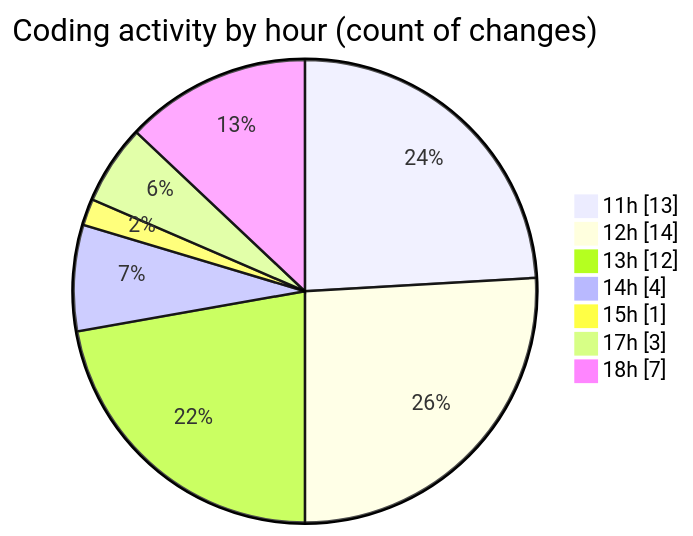
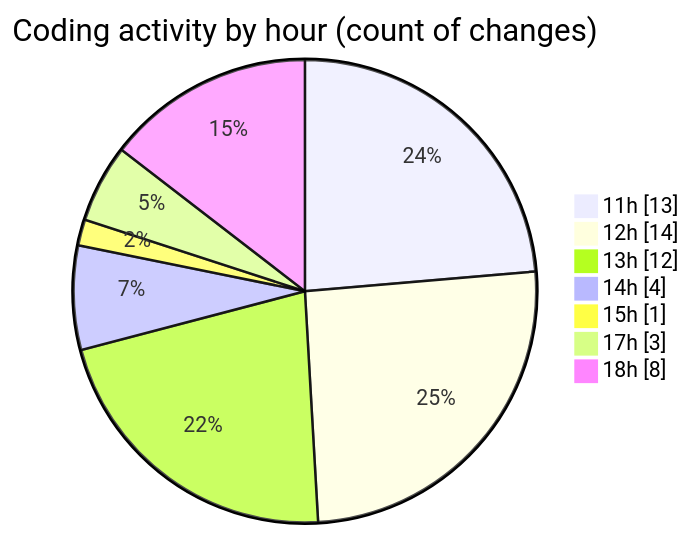
Before and after one commit to nxtqubesakshisongat/code-tracking: the second of 2 diagrams in 2025-12-29/nxtqube_webapp/README.md, drawn with Mermaid. The commit also changed other lines of this file and 1 other file, not shown here.

````diff
--- a/2025-12-29/nxtqube_webapp/README.md
+++ b/2025-12-29/nxtqube_webapp/README.md
@@ -33,11 +33,11 @@
 ```mermaid
 pie showData
 title Coding activity by hour (count of changes)
 "11h" : 13
 "12h" : 14
 "13h" : 12
 "14h" : 4
 "15h" : 1
 "17h" : 3
-"18h" : 7
+"18h" : 8
 ```
````
